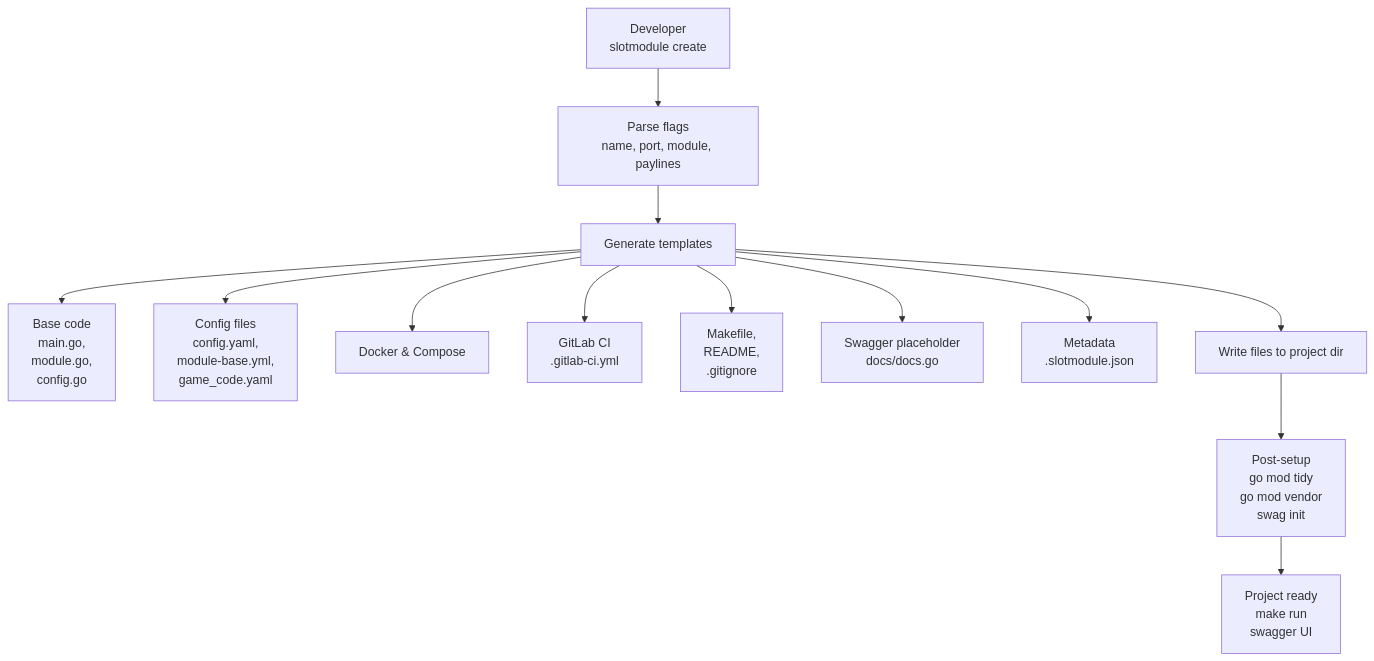
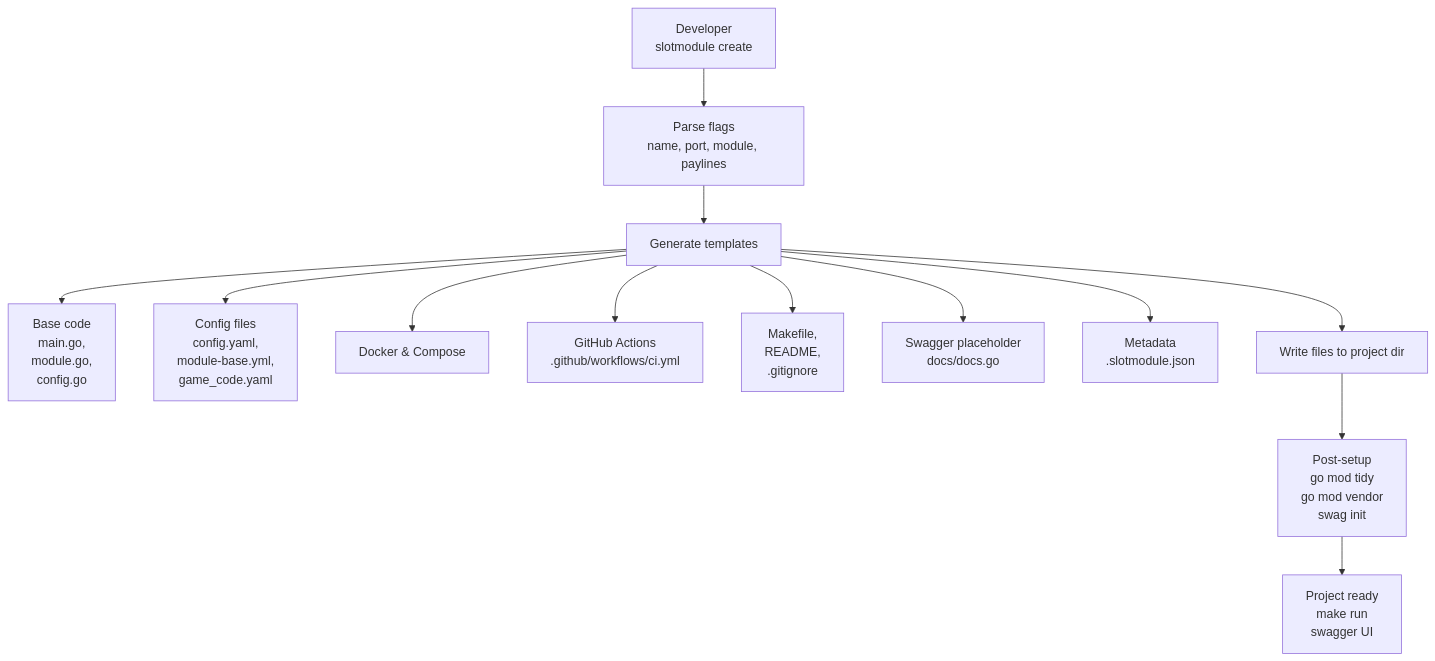
Diagram 13 of 14 in DIAGRAMS.md (Digital-Creators-Team/slot-game-module), drawn with Mermaid before and after one commit. The commit also changed other lines of this file and 26 other files, not shown here.

Commit message:
chore: migrate to GitHub

````diff
--- a/DIAGRAMS.md
+++ b/DIAGRAMS.md
@@ -386,15 +386,15 @@
 ```mermaid
 flowchart TD
     A["Developer<br/>slotmodule create"] --> B["Parse flags<br/>name, port, module, paylines"]
     B --> C["Generate templates"]
     C --> C1["Base code<br/>main.go,<br/>module.go,<br/>config.go"]
     C --> C2["Config files<br/>config.yaml,<br/>module-base.yml,<br/>game_code.yaml"]
     C --> C3["Docker & Compose"]
-    C --> C4["GitLab CI<br/>.gitlab-ci.yml"]
+    C --> C4["GitHub Actions<br/>.github/workflows/ci.yml"]
     C --> C5["Makefile,<br/>README,<br/>.gitignore"]
     C --> C6["Swagger placeholder<br/>docs/docs.go"]
     C --> C7["Metadata<br/>.slotmodule.json"]
     C --> D["Write files to project dir"]
     D --> E["Post-setup<br/>go mod tidy<br/>go mod vendor<br/>swag init"]
     E --> F["Project ready<br/>make run<br/>swagger UI"]
 ```
````
